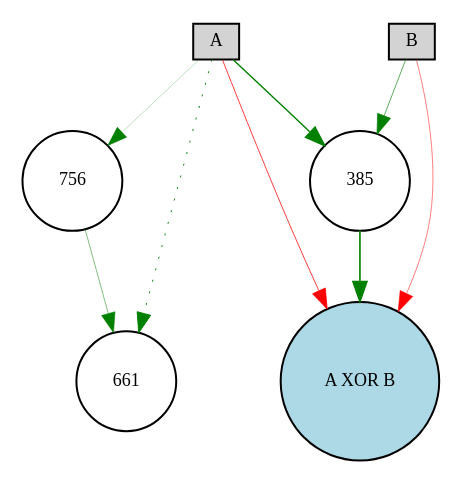
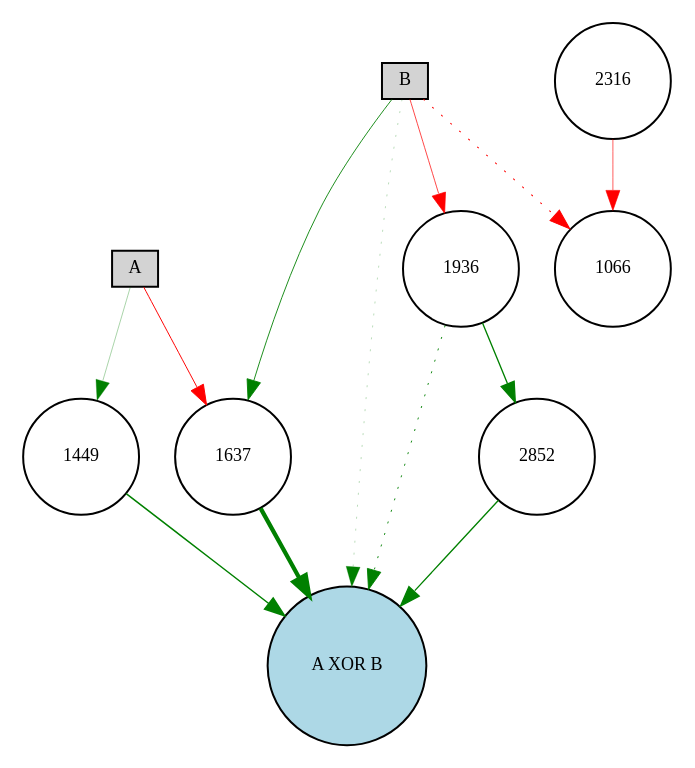
One commit to arizona95/Brain changed the diagram in neat/Digraph.gv. Above: the diagram before and after it, drawn with Graphviz. The commit also changed 28 other files, not shown here.

```diff
--- a/neat/Digraph.gv
+++ b/neat/Digraph.gv
@@ -1,17 +1,24 @@
 digraph {
 	node [fontsize=9 height=0.2 shape=circle width=0.2]
 	A [fillcolor=lightgray shape=box style=filled]
 	B [fillcolor=lightgray shape=box style=filled]
 	"A XOR B" [fillcolor=lightblue style=filled]
-	385 [fillcolor=white style=filled]
-	756 [fillcolor=white style=filled]
-	661 [fillcolor=white style=filled]
-	A -> "A XOR B" [color=red penwidth=0.3756920164670615 style=solid]
-	B -> 385 [color=green penwidth=0.3214887017859095 style=solid]
-	385 -> "A XOR B" [color=green penwidth=0.8125776232656143 style=solid]
-	A -> 661 [color=green penwidth=0.4803157215800209 style=dotted]
-	A -> 756 [color=green penwidth=0.1253871994831904 style=solid]
-	756 -> 661 [color=green penwidth=0.24599306826616346 style=solid]
-	A -> 385 [color=green penwidth=0.6997042218520263 style=solid]
-	B -> "A XOR B" [color=red penwidth=0.24743619075893453 style=solid]
+	2852 [fillcolor=white style=filled]
+	1637 [fillcolor=white style=filled]
+	1449 [fillcolor=white style=filled]
+	1066 [fillcolor=white style=filled]
+	2316 [fillcolor=white style=filled]
+	1936 [fillcolor=white style=filled]
+	B -> "A XOR B" [color=green penwidth=0.13971910244695074 style=dotted]
+	B -> 1637 [color=green penwidth=0.43549677171369283 style=solid]
+	1637 -> "A XOR B" [color=green penwidth=2.1235670251332226 style=solid]
+	B -> 1936 [color=red penwidth=0.3625237476659535 style=solid]
+	1936 -> "A XOR B" [color=green penwidth=0.4612820765184964 style=dotted]
+	A -> 1637 [color=red penwidth=0.48600187977427534 style=solid]
+	B -> 1066 [color=red penwidth=0.5093628001682255 style=dotted]
+	2316 -> 1066 [color=red penwidth=0.32456220121557755 style=solid]
+	A -> 1449 [color=green penwidth=0.17025156249795456 style=solid]
+	1449 -> "A XOR B" [color=green penwidth=0.7593443499912746 style=solid]
+	1936 -> 2852 [color=green penwidth=0.6747008883942944 style=solid]
+	2852 -> "A XOR B" [color=green penwidth=0.6617877393577275 style=solid]
 }
```
